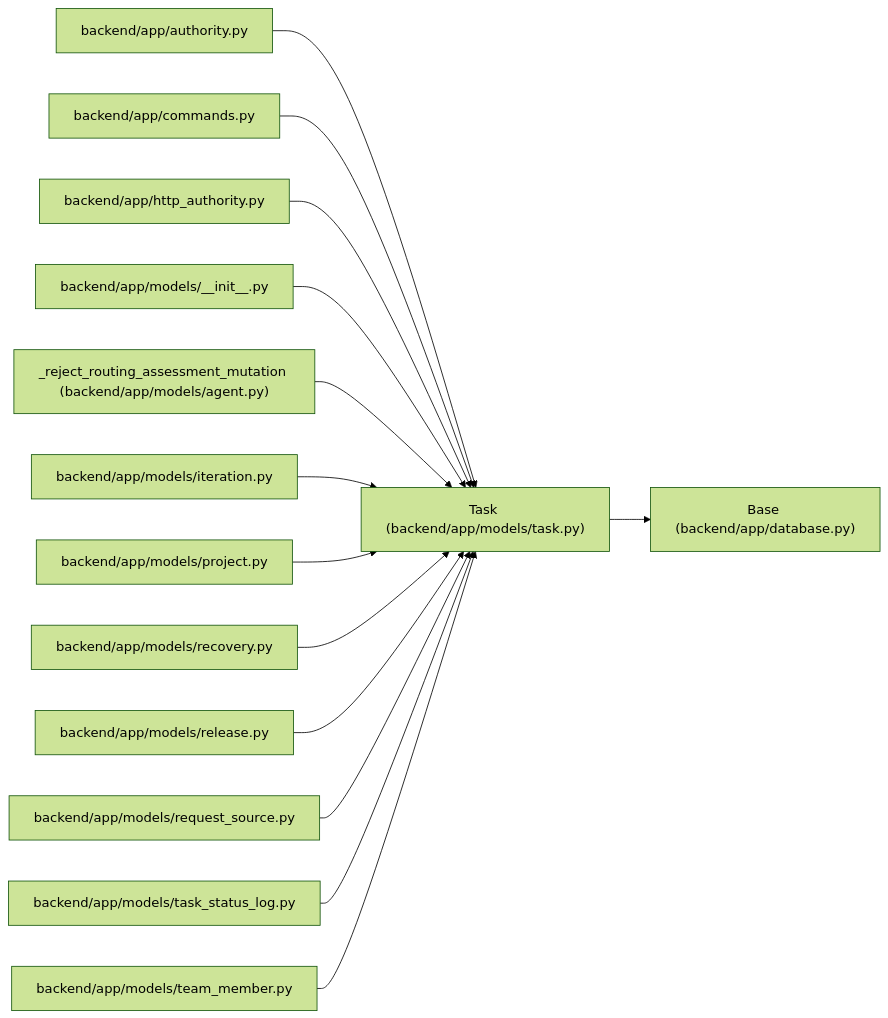
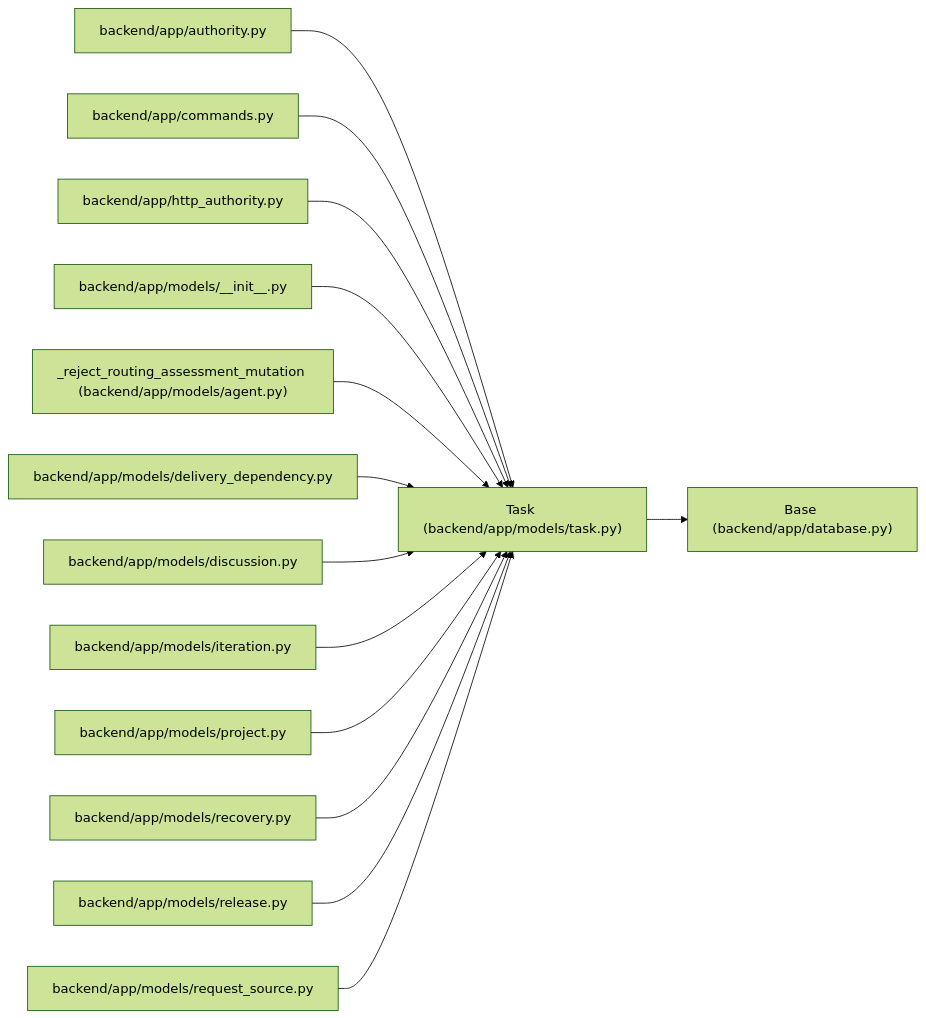
Before and after one commit to Denissvgn/WorkChord: the diagram in docs/llm_wiki/entities/models_task_Task.md, drawn with Mermaid (forest theme). The commit also changed other lines of this file and 1888 other files, not shown here.

First line of the commit message:
Add human teamwork workflows, shared capacity, and task discussion (#7)

````diff
--- a/docs/llm_wiki/entities/models_task_Task.md
+++ b/docs/llm_wiki/entities/models_task_Task.md
@@ -109,44 +109,44 @@
 ```mermaid
 flowchart LR
     n0["Task (backend/app/models/task.py)"]
     n1["Base (backend/app/database.py)"]
     n2["backend/app/authority.py"]
     n3["backend/app/commands.py"]
     n4["backend/app/http_authority.py"]
     n5["backend/app/models/__init__.py"]
     n6["_reject_routing_assessment_mutation (backend/app/models/agent.py)"]
-    n7["backend/app/models/iteration.py"]
-    n8["backend/app/models/project.py"]
-    n9["backend/app/models/recovery.py"]
-    n10["backend/app/models/release.py"]
-    n11["backend/app/models/request_source.py"]
-    n12["backend/app/models/task_status_log.py"]
-    n13["backend/app/models/team_member.py"]
+    n7["backend/app/models/delivery_dependency.py"]
+    n8["backend/app/models/discussion.py"]
+    n9["backend/app/models/iteration.py"]
+    n10["backend/app/models/project.py"]
+    n11["backend/app/models/recovery.py"]
+    n12["backend/app/models/release.py"]
+    n13["backend/app/models/request_source.py"]
     n0 --> n1
     n2 --> n0
     n3 --> n0
     n4 --> n0
     n5 --> n0
     n6 --> n0
     n7 --> n0
     n8 --> n0
     n9 --> n0
     n10 --> n0
     n11 --> n0
     n12 --> n0
     n13 --> n0
     click n0 "../modules/models_task.md"
     click n1 "../modules/app_database.md"
     click n2 "../modules/authority.md"
     click n3 "../modules/commands.md"
     click n4 "../modules/http_authority.md"
     click n5 "../modules/models___init__.md"
     click n6 "../modules/models_agent.md"
-    click n7 "../modules/models_iteration.md"
-    click n8 "../modules/models_project.md"
-    click n9 "../modules/recovery.md"
-    click n10 "../modules/models_release.md"
-    click n11 "../modules/models_request_source.md"
-    click n12 "../modules/task_status_log.md"
-    click n13 "../modules/team_member.md"
+    click n7 "../modules/delivery_dependency.md"
+    click n8 "../modules/models_discussion.md"
+    click n9 "../modules/models_iteration.md"
+    click n10 "../modules/models_project.md"
+    click n11 "../modules/recovery.md"
+    click n12 "../modules/models_release.md"
+    click n13 "../modules/models_request_source.md"
 ```
````
